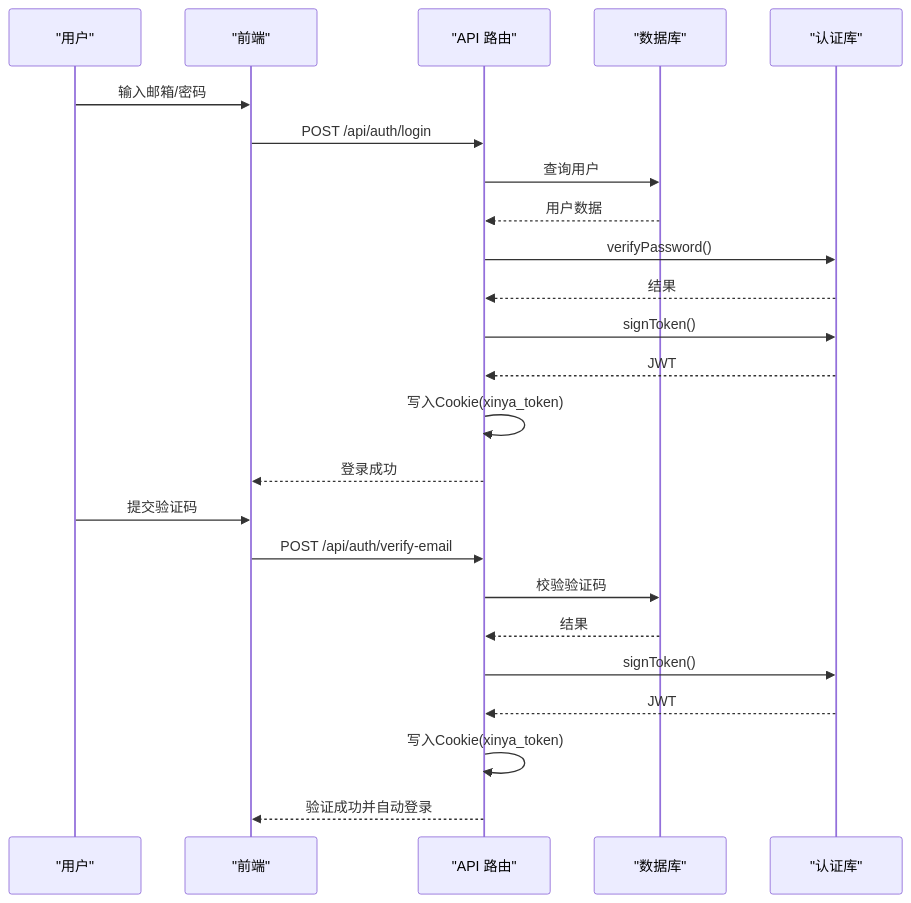
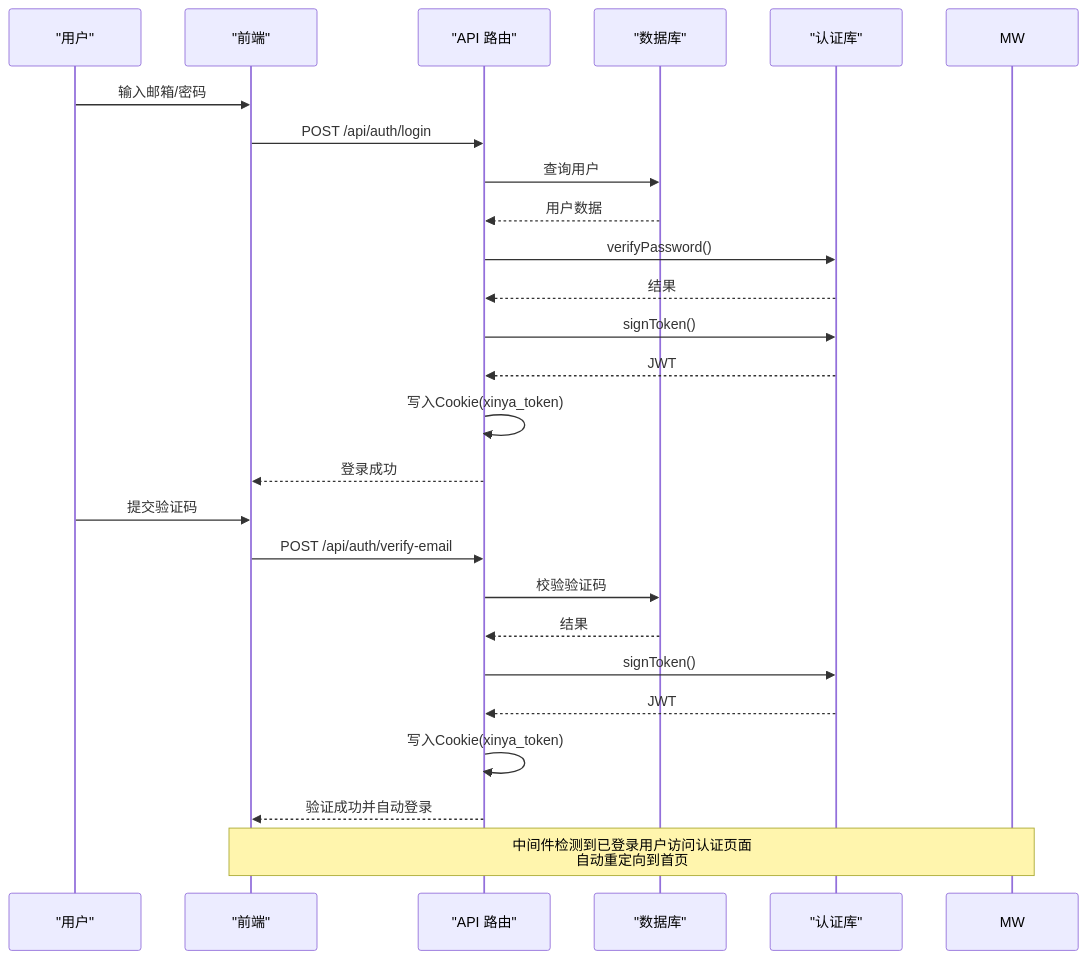
Before and after one commit to kangkang919/xinya: the sixth of 7 diagrams in .qoder/repowiki/zh/content/用户认证系统/认证中间件.md, drawn with Mermaid. The commit also changed other lines of this file and 34 other files, not shown here.

````diff
--- a/.qoder/repowiki/zh/content/用户认证系统/认证中间件.md
+++ b/.qoder/repowiki/zh/content/用户认证系统/认证中间件.md
@@ -253,26 +292,27 @@
 ```mermaid
 sequenceDiagram
 participant U as "用户"
 participant FE as "前端"
 participant API as "API 路由"
 participant DB as "数据库"
 participant AUTH as "认证库"
 U->>FE : 输入邮箱/密码
 FE->>API : POST /api/auth/login
 API->>DB : 查询用户
 DB-->>API : 用户数据
 API->>AUTH : verifyPassword()
 AUTH-->>API : 结果
 API->>AUTH : signToken()
 AUTH-->>API : JWT
 API->>API : 写入Cookie(xinya_token)
 API-->>FE : 登录成功
 U->>FE : 提交验证码
 FE->>API : POST /api/auth/verify-email
 API->>DB : 校验验证码
 DB-->>API : 结果
 API->>AUTH : signToken()
 AUTH-->>API : JWT
 API->>API : 写入Cookie(xinya_token)
 API-->>FE : 验证成功并自动登录
+Note over FE,MW : 中间件检测到已登录用户访问认证页面<br/>自动重定向到首页
 ```
````
